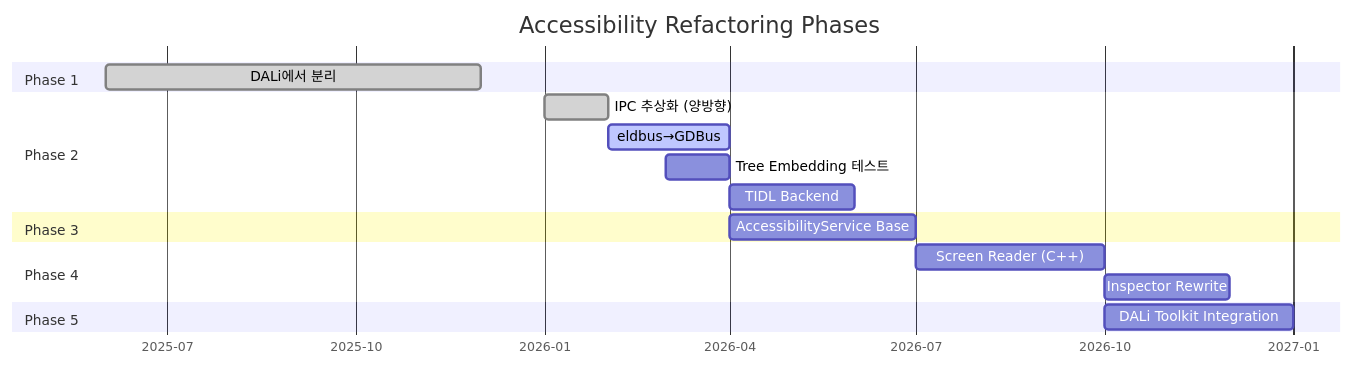
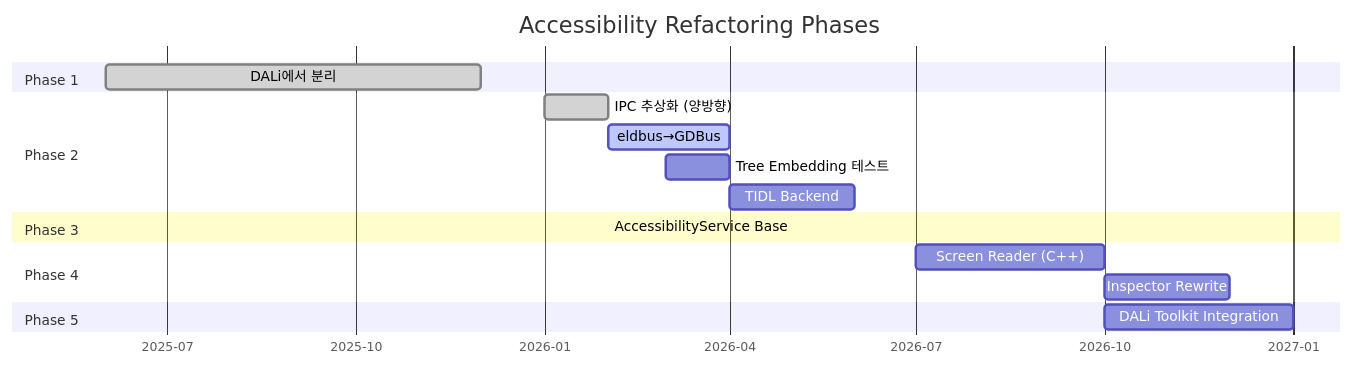
One commit to zard17/accessibility-common changed the second of 14 diagrams in docs/architecture-overview.md. Above: the diagram before and after it, drawn with Mermaid. The commit also changed other lines of this file and 42 other files, not shown here.

````diff
--- a/docs/architecture-overview.md
+++ b/docs/architecture-overview.md
@@ -37,25 +37,25 @@
 ```mermaid
 gantt
     title Accessibility Refactoring Phases
     dateFormat YYYY-MM
     axisFormat %Y-%m
 
     section Phase 1
     DALi에서 분리              :done, p1, 2025-06, 2025-12
 
     section Phase 2
     IPC 추상화 (양방향)          :done, p2, 2026-01, 2026-02
     eldbus→GDBus               :active, p25, 2026-02, 2026-04
     Tree Embedding 테스트        :p27, 2026-03, 2026-04
     TIDL Backend               :p26, 2026-04, 2026-06
 
     section Phase 3
-    AccessibilityService Base   :p3, 2026-04, 2026-07
+    AccessibilityService Base   :done, p3, 2026-02, 2026-02
 
     section Phase 4
     Screen Reader (C++)         :p4a, 2026-07, 2026-10
     Inspector Rewrite           :p4b, 2026-10, 2026-12
 
     section Phase 5
     DALi Toolkit Integration    :p5, 2026-10, 2027-01
 ```
````
